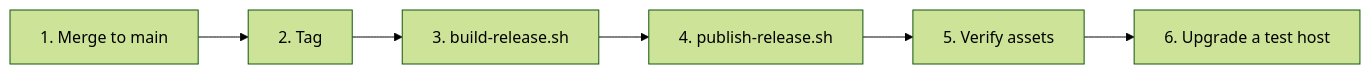
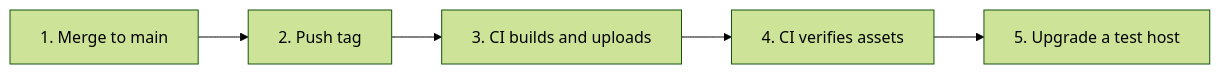
Before and after one commit to DrDead0/docksight: the diagram in docs/release-process.md, drawn with Mermaid (forest theme). The commit also changed other lines of this file and 2 other files, not shown here.

First line of the commit message:
ci: automate release build, upload, and verification

````diff
--- a/docs/release-process.md
+++ b/docs/release-process.md
@@ -166,8 +176,7 @@
 ```mermaid
 graph LR
-    A[1. Merge to main] --> B[2. Tag]
-    B --> C[3. build-release.sh]
-    C --> D[4. publish-release.sh]
-    D --> E[5. Verify assets]
-    E --> F[6. Upgrade a test host]
+    A[1. Merge to main] --> B[2. Push tag]
+    B --> C[3. CI builds and uploads]
+    C --> D[4. CI verifies assets]
+    D --> E[5. Upgrade a test host]
 ```
````
